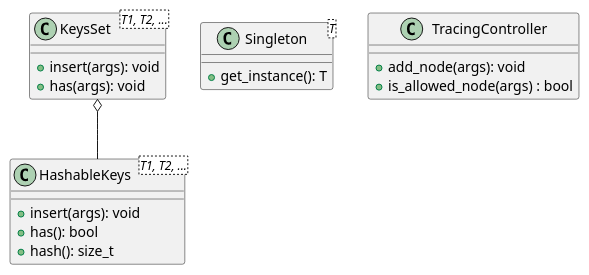
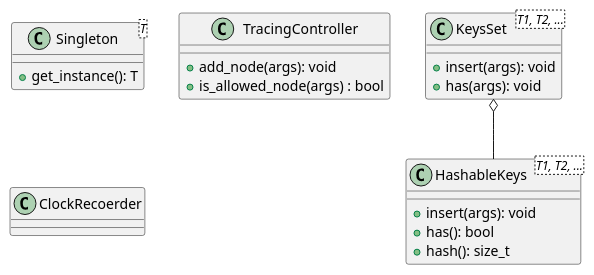
The diagram in docs/design/software_architecture/caret_trace.md (hsgwa/CARET_doc), drawn with PlantUML before and after one commit. The commit also changed other lines of this file and 3 other files, not shown here.

Commit message:
ER図に変更

````diff
--- a/docs/design/software_architecture/caret_trace.md
+++ b/docs/design/software_architecture/caret_trace.md
@@ -21,24 +21,27 @@
 ```plantuml
 
 class HashableKeys<T1, T2, ...> {
     + insert(args): void
     + has(): bool
     + hash(): size_t
 }
 
 class KeysSet<T1, T2, ...> {
     + insert(args): void
     + has(args): void
 }
 
 class Singleton<T> {
     + get_instance(): T
 }
 
 class TracingController {
     + add_node(args): void
     + is_allowed_node(args) : bool
 }
 
+class ClockRecoerder {
+}
+
 KeysSet o-- HashableKeys
 ```
````
